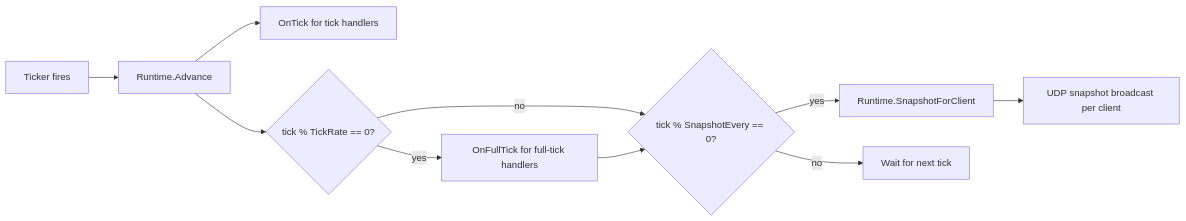
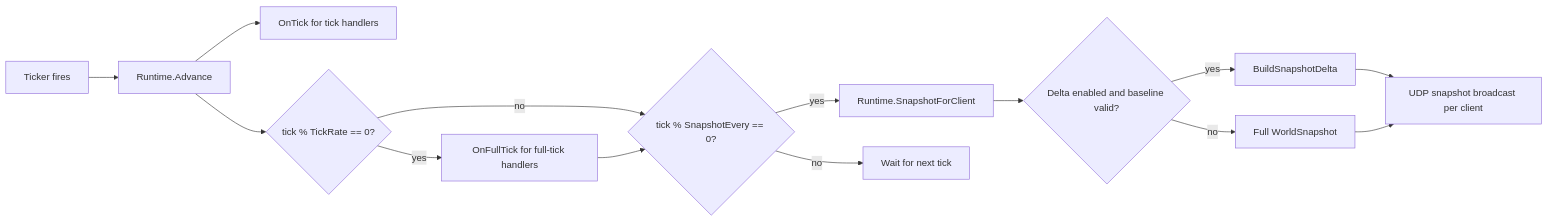
Before and after one commit to MihaelBLKN/Enserva: the third of 3 diagrams in documentation/docs/architecture.md, drawn with Mermaid. The commit also changed other lines of this file and 22 other files, not shown here.

````diff
--- a/documentation/docs/architecture.md
+++ b/documentation/docs/architecture.md
@@ -100,12 +103,16 @@
 ```mermaid
 flowchart LR
     Tick["Ticker fires"] --> Advance["Runtime.Advance"]
     Advance --> OnTick["OnTick for tick handlers"]
     Advance --> Full{"tick % TickRate == 0?"}
     Full -->|yes| OnFullTick["OnFullTick for full-tick handlers"]
     Full -->|no| SnapshotCheck
     OnFullTick --> SnapshotCheck{"tick % SnapshotEvery == 0?"}
     SnapshotCheck -->|yes| Snapshot["Runtime.SnapshotForClient"]
-    Snapshot --> Broadcast["UDP snapshot broadcast per client"]
+    Snapshot --> Delta{"Delta enabled and baseline valid?"}
+    Delta -->|yes| Diff["BuildSnapshotDelta"]
+    Delta -->|no| FullSnapshot["Full WorldSnapshot"]
+    Diff --> Broadcast["UDP snapshot broadcast per client"]
+    FullSnapshot --> Broadcast
     SnapshotCheck -->|no| Done["Wait for next tick"]
 ```
````
